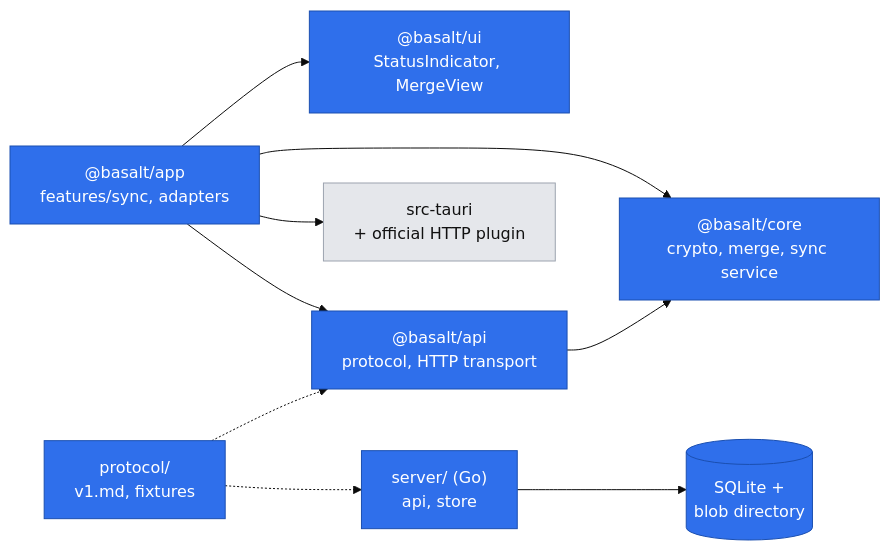
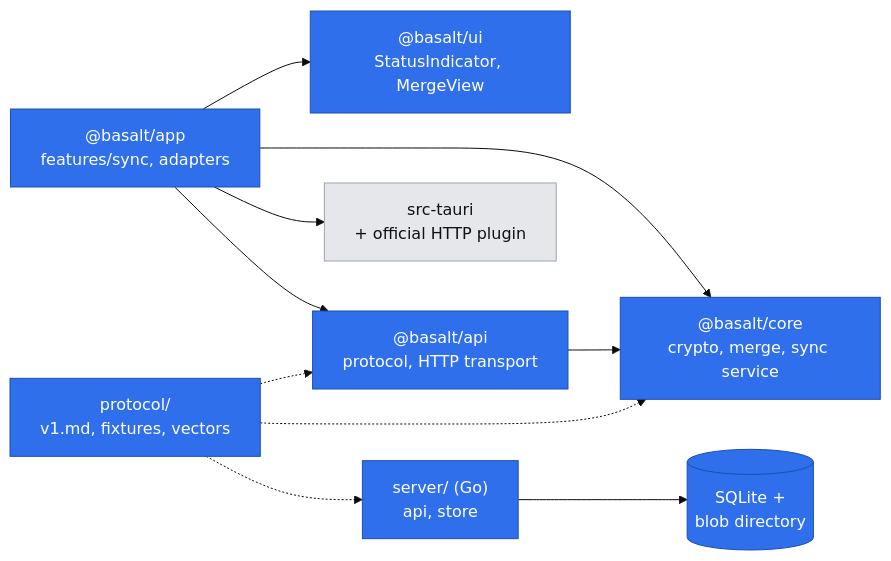
The first of 2 diagrams in .ai/specs/2026-11-16-sync-and-e2ee.md (pawl0wski/Basalt), drawn with Mermaid (base theme) before and after one commit. The commit also changed other lines of this file and 1 other file, not shown here.

First line of the commit message:
docs(spec): harden the sync and E2EE spec after architectural review

````diff
--- a/.ai/specs/2026-11-16-sync-and-e2ee.md
+++ b/.ai/specs/2026-11-16-sync-and-e2ee.md
@@ -73,23 +74,24 @@
 ```mermaid
 flowchart LR
     classDef existing fill:#e5e7eb,color:#111,stroke:#9ca3af
     classDef new fill:#2f6feb,color:#fff,stroke:#1b4fb0
 
     ui["@basalt/ui<br/>StatusIndicator, MergeView"]:::new
     app["@basalt/app<br/>features/sync, adapters"]:::new
     core["@basalt/core<br/>crypto, merge, sync service"]:::new
     api["@basalt/api<br/>protocol, HTTP transport"]:::new
     tauri["src-tauri<br/>+ official HTTP plugin"]:::existing
-    proto["protocol/<br/>v1.md, fixtures"]:::new
+    proto["protocol/<br/>v1.md, fixtures, vectors"]:::new
     server["server/ (Go)<br/>api, store"]:::new
     store[("SQLite +<br/>blob directory")]:::new
 
     app --> ui
     app --> core
     app --> api
     app --> tauri
     api --> core
     server --> store
     proto -.-> api
+    proto -.-> core
     proto -.-> server
 ```
````
